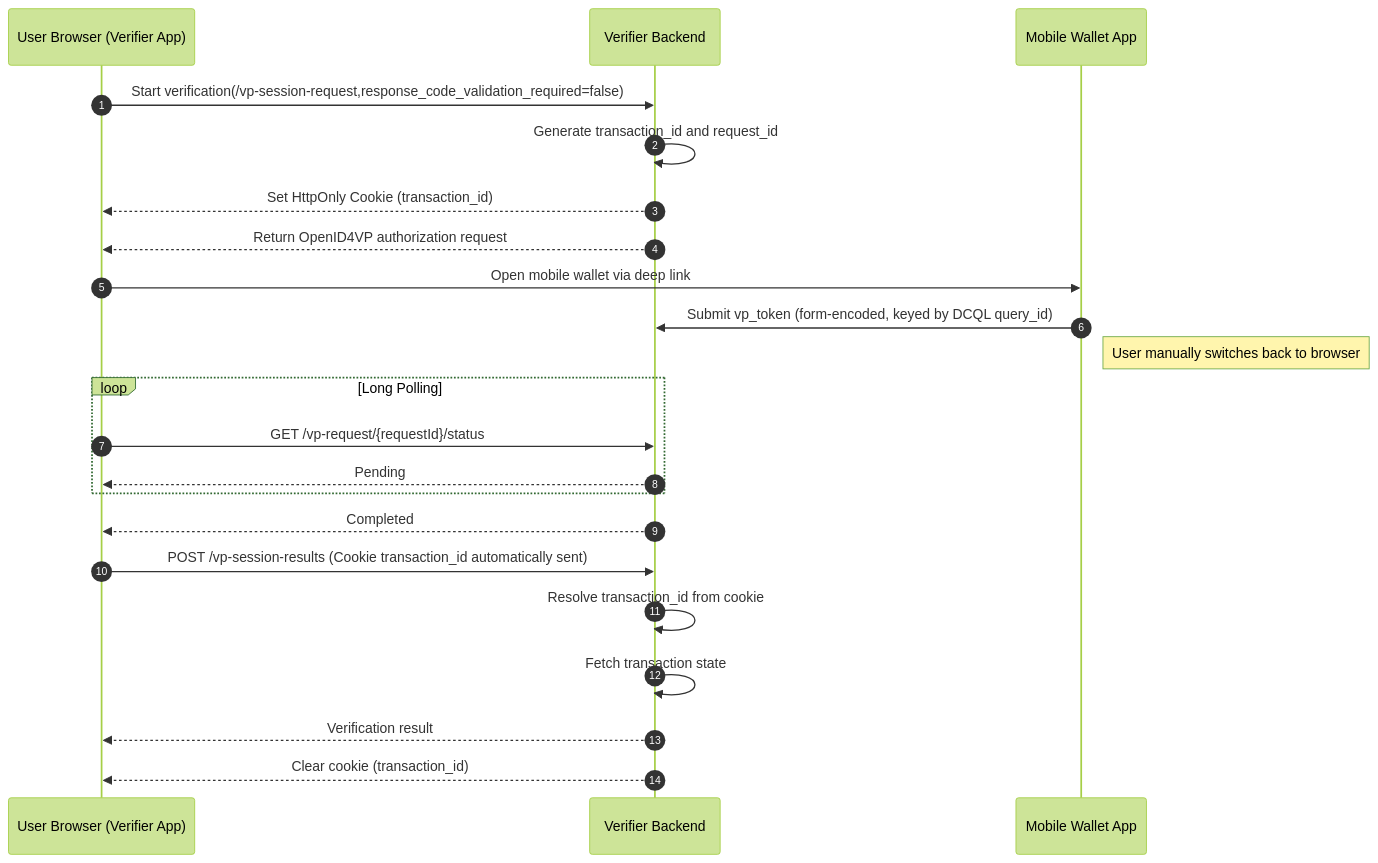
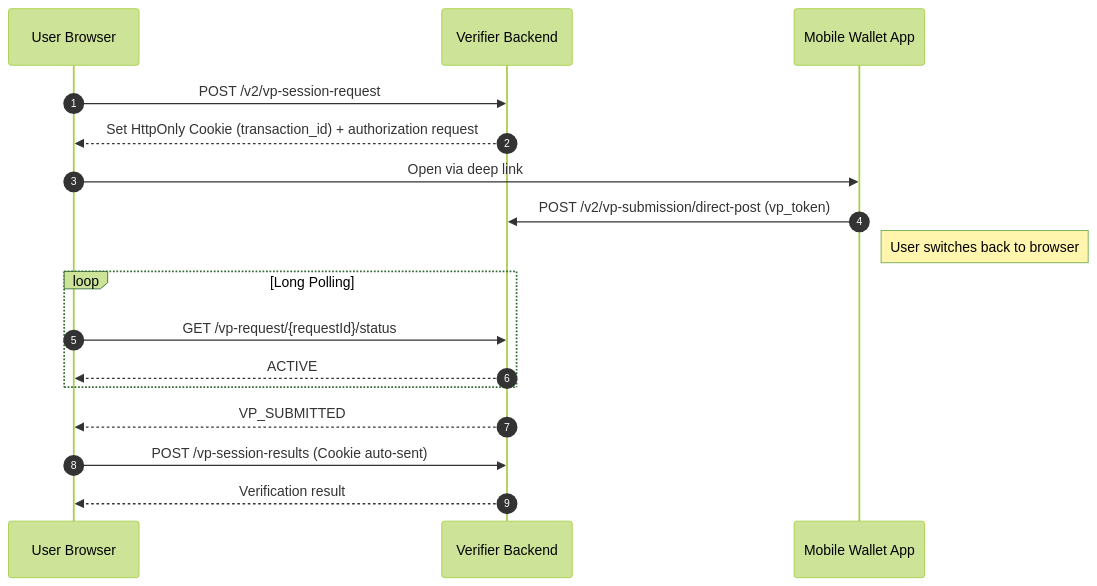
One commit to srikanth716/inji-verify changed the second of 3 diagrams in inji-verify-sdk/README.md. Above: the diagram before and after it, drawn with Mermaid (forest theme). The commit also changed other lines of this file and 10 other files, not shown here.

````diff
--- a/inji-verify-sdk/README.md
+++ b/inji-verify-sdk/README.md
@@ -397,34 +411,20 @@
 ```mermaid
 sequenceDiagram
     autonumber
-    participant UserBrowser as User Browser (Verifier App)
+    participant UserBrowser as User Browser
     participant VerifierBackend as Verifier Backend
     participant MobileWallet as Mobile Wallet App
 
-    UserBrowser->>VerifierBackend: Start verification(/vp-session-request,response_code_validation_required=false)
-
-    VerifierBackend->>VerifierBackend: Generate transaction_id and request_id
-    VerifierBackend-->>UserBrowser: Set HttpOnly Cookie (transaction_id)
-    VerifierBackend-->>UserBrowser: Return OpenID4VP authorization request
-
-    UserBrowser->>MobileWallet: Open mobile wallet via deep link
-
-    MobileWallet->>VerifierBackend: Submit vp_token (form-encoded, keyed by DCQL query_id)
-
-    Note right of MobileWallet: User manually switches back to browser
-
+    UserBrowser->>VerifierBackend: POST /v2/vp-session-request
+    VerifierBackend-->>UserBrowser: Set HttpOnly Cookie (transaction_id) + authorization request
+    UserBrowser->>MobileWallet: Open via deep link
+    MobileWallet->>VerifierBackend: POST /v2/vp-submission/direct-post (vp_token)
+    Note right of MobileWallet: User switches back to browser
     loop Long Polling
         UserBrowser->>VerifierBackend: GET /vp-request/{requestId}/status
-        VerifierBackend-->>UserBrowser: Pending
+        VerifierBackend-->>UserBrowser: ACTIVE
     end
-
-    VerifierBackend-->>UserBrowser: Completed
-
-    UserBrowser->>VerifierBackend: POST /vp-session-results (Cookie transaction_id automatically sent)
-
-    VerifierBackend->>VerifierBackend: Resolve transaction_id from cookie
-    VerifierBackend->>VerifierBackend: Fetch transaction state
-
+    VerifierBackend-->>UserBrowser: VP_SUBMITTED
+    UserBrowser->>VerifierBackend: POST /vp-session-results (Cookie auto-sent)
     VerifierBackend-->>UserBrowser: Verification result
-    VerifierBackend-->>UserBrowser: Clear cookie (transaction_id)
 ```
````
